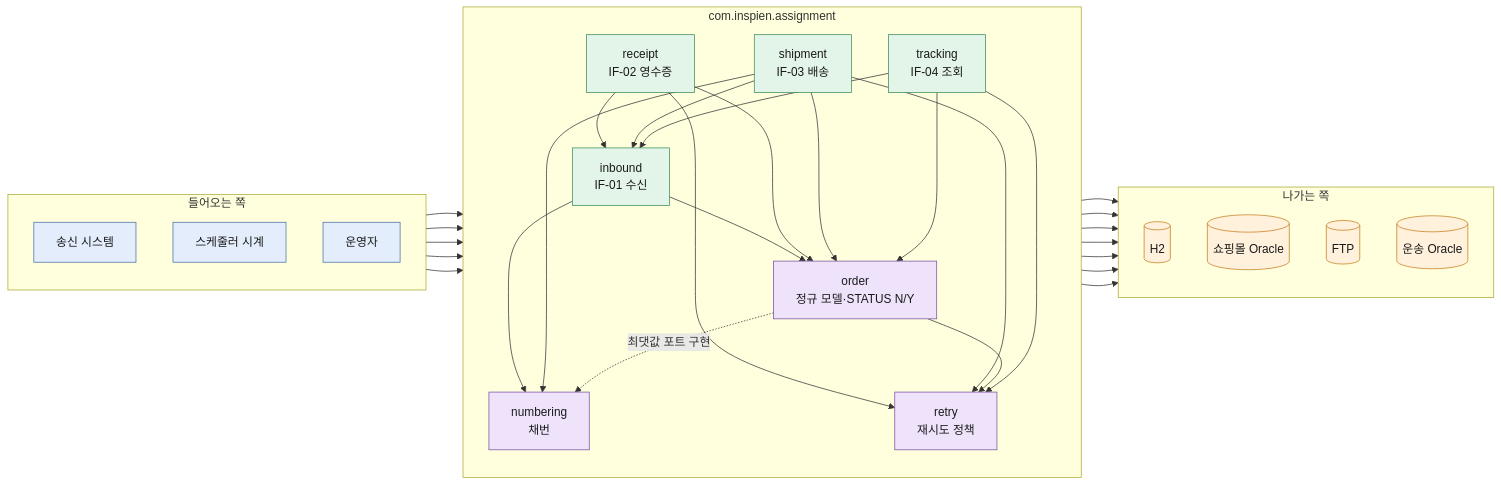
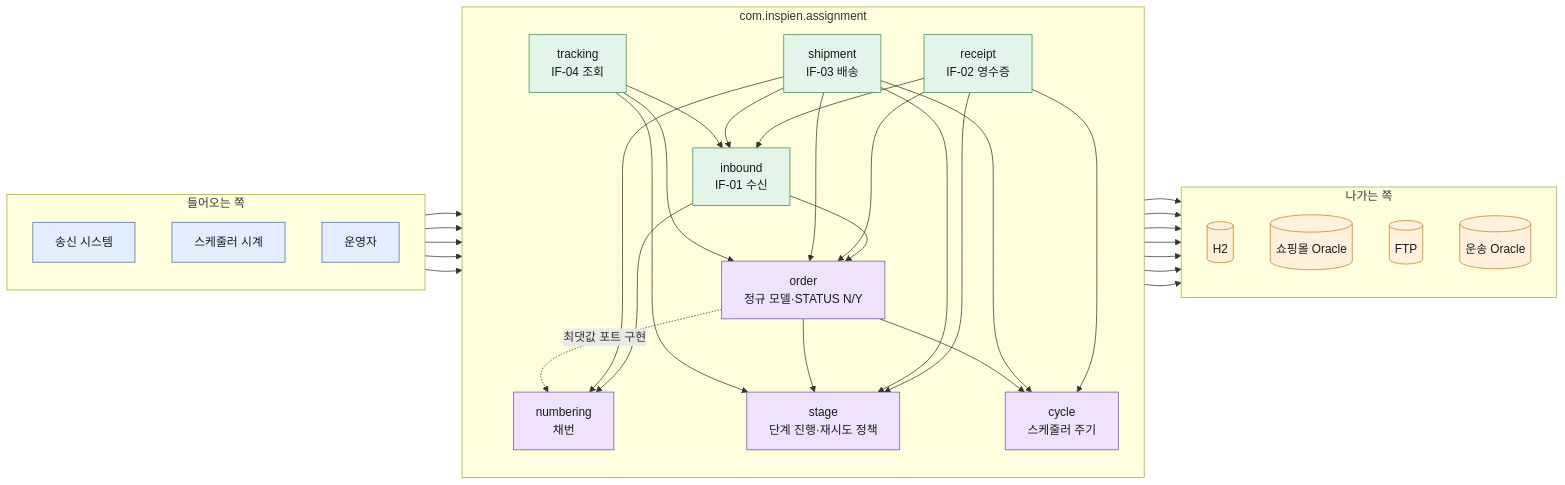
The fourth of 21 diagrams in docs/design.md (milkkwong2/inspien-assignment), drawn with Mermaid before and after one commit. The commit also changed other lines of this file and 35 other files, not shown here.

````diff
--- a/docs/design.md
+++ b/docs/design.md
@@ -166,57 +167,61 @@
 ```mermaid
 flowchart LR
     subgraph IN[들어오는 쪽]
         direction TB
         S[송신 시스템]:::ext
         T[스케줄러 시계]:::ext
         OP[운영자]:::ext
     end
     subgraph APP[com.inspien.assignment]
         direction TB
         inbound[inbound<br/>IF-01 수신]:::app
         receipt[receipt<br/>IF-02 영수증]:::app
         shipment[shipment<br/>IF-03 배송]:::app
         tracking[tracking<br/>IF-04 조회]:::app
         order[order<br/>정규 모델·STATUS N/Y]:::core
         numbering[numbering<br/>채번]:::core
-        retry[retry<br/>재시도 정책]:::core
+        stage[stage<br/>단계 진행·재시도 정책]:::core
+        cycle[cycle<br/>스케줄러 주기]:::core
     end
     subgraph OUT[나가는 쪽]
         direction TB
         H2[(H2)]:::store
         SHOP[(쇼핑몰 Oracle)]:::store
         FTP[(FTP)]:::store
         SHIP[(운송 Oracle)]:::store
     end
     S --> inbound
     T --> receipt
     T --> shipment
     T --> order
     OP --> tracking
     inbound --> order
     inbound --> numbering
     receipt --> order
     receipt --> inbound
-    receipt --> retry
+    receipt --> stage
+    receipt --> cycle
     shipment --> order
     shipment --> inbound
     shipment --> numbering
-    shipment --> retry
+    shipment --> stage
+    shipment --> cycle
     order -. 최댓값 포트 구현 .-> numbering
-    order --> retry
+    order --> stage
+    order --> cycle
     tracking --> order
     tracking --> inbound
-    tracking --> retry
+    tracking --> stage
     inbound --> H2
     numbering --> H2
-    retry --> H2
+    stage --> H2
     tracking --> H2
     order --> SHOP
     receipt --> FTP
     shipment --> SHIP
 
     classDef ext fill:#e3edfb,stroke:#4a6fa5,color:#1a1a1a
     classDef app fill:#e3f4e8,stroke:#3c8d5a,color:#1a1a1a
     classDef core fill:#efe3fb,stroke:#7a4fa5,color:#1a1a1a
     classDef store fill:#fff1dc,stroke:#c77d1a,color:#1a1a1a
 ```
````
